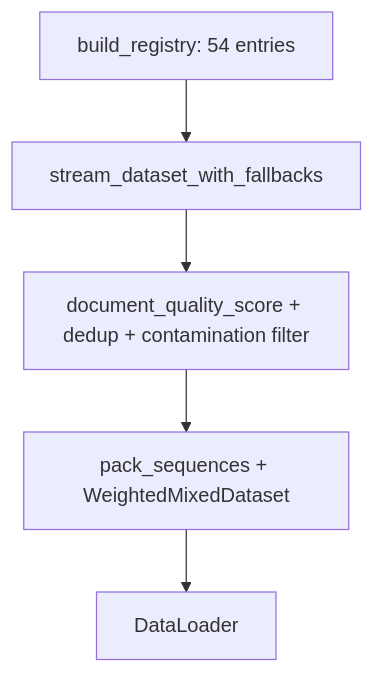
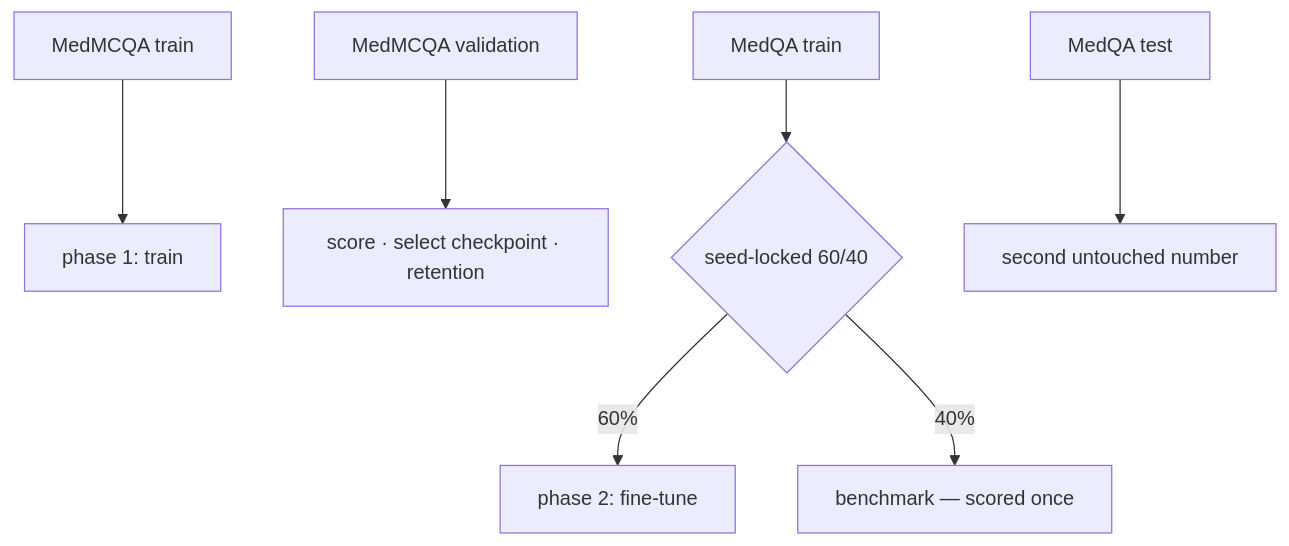
Before and after one commit to N0t-Harshil/Ekdant-LLM: the second of 5 diagrams in 02-Architecture/02_System_Architecture.md, drawn with Mermaid. The commit also changed other lines of this file and 24 other files, not shown here.

First line of the commit message:
Align thesis and docs to the built T+L2 model on MedMCQA/MedQA

````diff
--- a/02-Architecture/02_System_Architecture.md
+++ b/02-Architecture/02_System_Architecture.md
@@ -65,7 +63,9 @@
 ```mermaid
 graph TB
-    R1[build_registry: 54 entries] --> S1[stream_dataset_with_fallbacks]
-    S1 --> Q1[document_quality_score + dedup + contamination filter]
-    Q1 --> P1[pack_sequences + WeightedMixedDataset]
-    P1 --> DL[DataLoader]
+    M1[MedMCQA train] --> P1[phase 1: train]
+    M1v[MedMCQA validation] --> SEL[score · select checkpoint · retention]
+    Q1[MedQA train] --> SP{seed-locked 60/40}
+    SP -->|60%| P2[phase 2: fine-tune]
+    SP -->|40%| BN[benchmark — scored once]
+    Q2[MedQA test] --> BN2[second untouched number]
 ```
````
